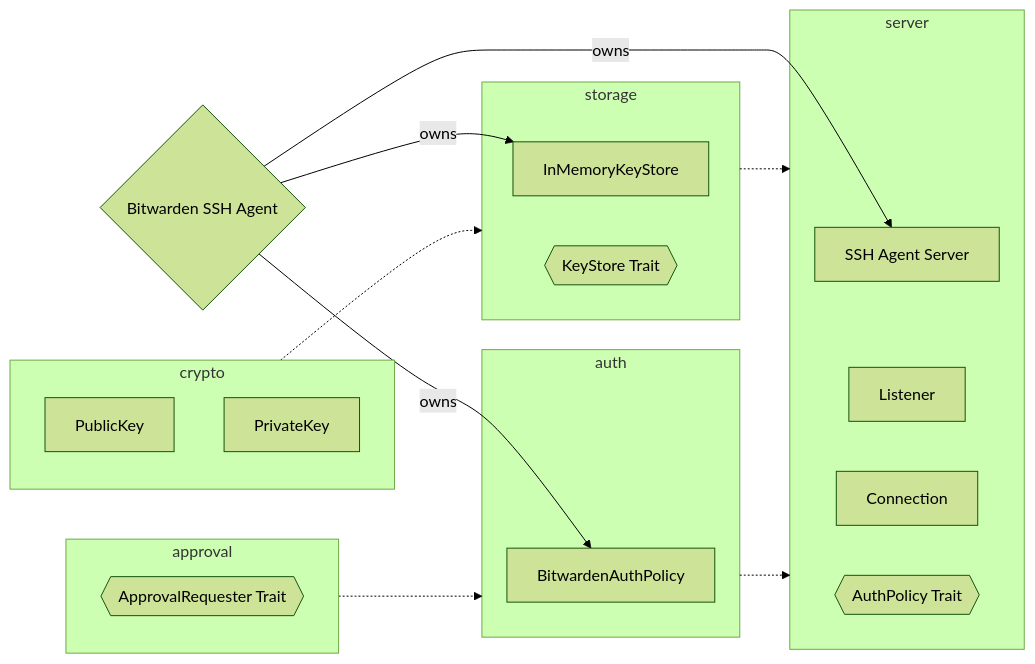
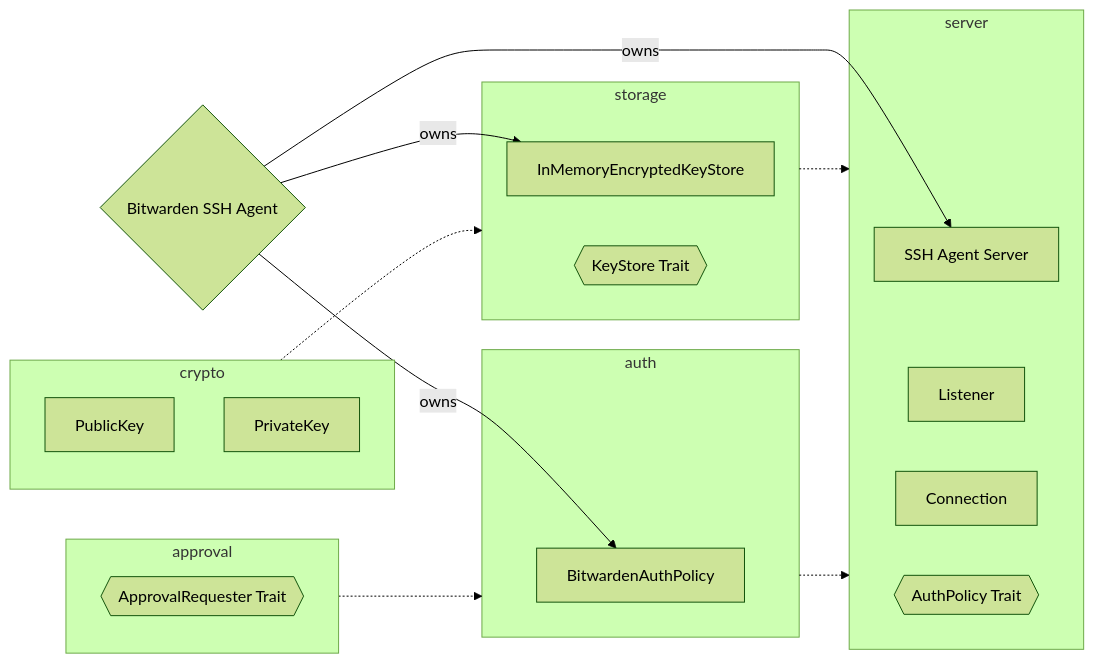
The third of 3 diagrams in apps/desktop/desktop_native/ssh_agent/README.md (bitwarden/clients), drawn with Mermaid (forest theme) before and after one commit.

````diff
--- a/apps/desktop/desktop_native/ssh_agent/README.md
+++ b/apps/desktop/desktop_native/ssh_agent/README.md
@@ -88,39 +88,39 @@
 ```mermaid
   flowchart LR
 
       subgraph crypto
           PubKey[PublicKey]
           PrivKey[PrivateKey]
       end
 
       BWAgent{Bitwarden SSH Agent}
 
       subgraph approval
           ApprovalTrait{{ApprovalRequester Trait}}
       end
 
       subgraph storage
-          KeyStore[InMemoryKeyStore]
+          KeyStore[InMemoryEncryptedKeyStore]
           KeyStoreTrait{{KeyStore Trait}}
       end
 
       subgraph auth
           BWAuthPolicy[BitwardenAuthPolicy]
       end
 
       subgraph server
           SSHServer[SSH Agent Server]
           Listener[Listener]
           Connection[Connection]
           AuthPolicyTrait{{AuthPolicy Trait}}
       end
 
       BWAgent -->|owns| KeyStore
       BWAgent -->|owns| BWAuthPolicy
       BWAgent -->|owns| SSHServer
 
       crypto -.-> storage
       approval -.-> auth
       storage -.-> server
       auth -.-> server
 ```
````
